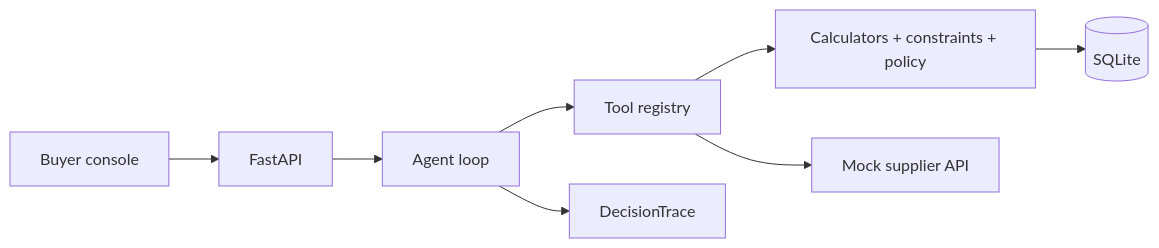
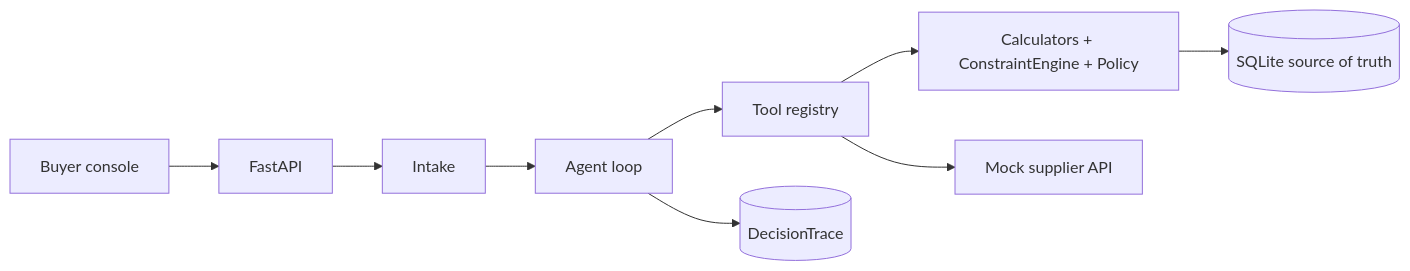
One commit to saumyakri28/AIpurchasingagentv-1 changed the first of 4 diagrams in README.md. Above: the diagram before and after it, drawn with Mermaid. The commit also changed other lines of this file and 5 other files, not shown here.

Commit message:
docs: README, architecture diagrams and validation approach

````diff
--- a/README.md
+++ b/README.md
@@ -51,10 +138,11 @@
 ```mermaid
 flowchart LR
   UI[Buyer console] --> API[FastAPI]
-  API --> Loop[Agent loop]
+  API --> Intake[Intake]
+  Intake --> Loop[Agent loop]
   Loop --> Registry[Tool registry]
-  Registry --> Domain[Calculators + constraints + policy]
-  Domain --> DB[(SQLite)]
+  Registry --> Domain[Calculators + ConstraintEngine + Policy]
+  Domain --> DB[(SQLite source of truth)]
   Registry --> Supplier[Mock supplier API]
-  Loop --> Trace[DecisionTrace]
+  Loop --> Trace[(DecisionTrace)]
 ```
````
